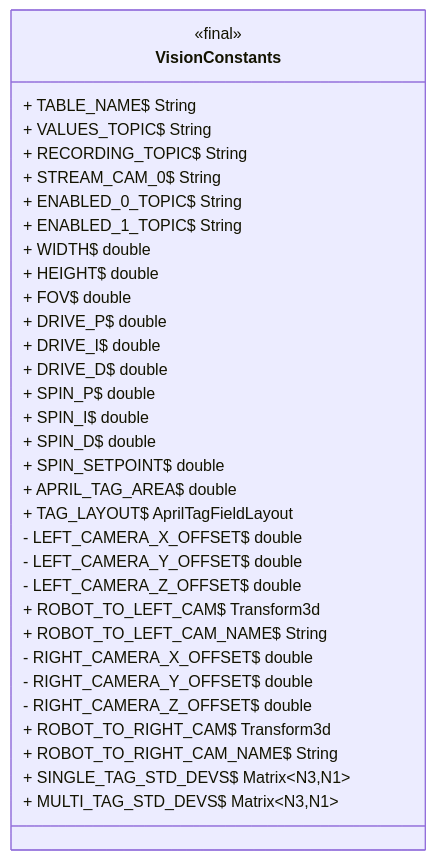
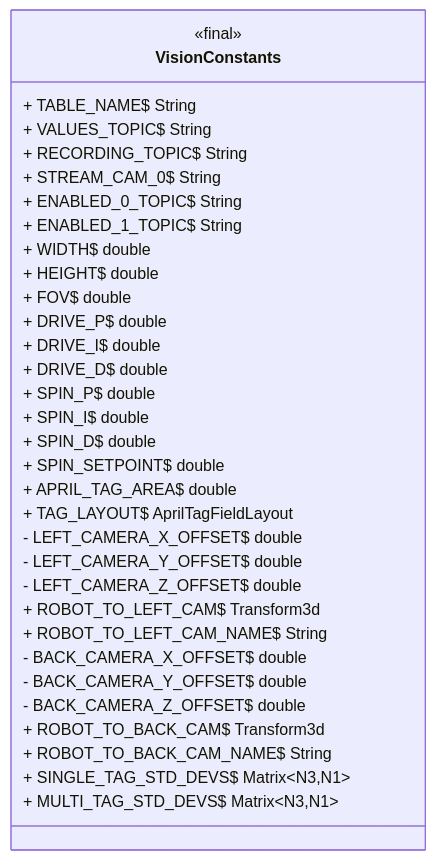
The diagram in src/uml/frc/robot/constants/VisionConstants.mmd (LakotaRobotics1038/2026RobotProject), drawn with Mermaid before and after one commit. The commit also changed 5 other files, not shown here.

```diff
--- a/src/uml/frc/robot/constants/VisionConstants.mmd
+++ b/src/uml/frc/robot/constants/VisionConstants.mmd
@@ -1,36 +1,36 @@
 classDiagram
   direction LR
 
   class VisionConstants {
     <<final>>
     + TABLE_NAME$ String
     + VALUES_TOPIC$ String
     + RECORDING_TOPIC$ String
     + STREAM_CAM_0$ String
     + ENABLED_0_TOPIC$ String
     + ENABLED_1_TOPIC$ String
     + WIDTH$ double
     + HEIGHT$ double
     + FOV$ double
     + DRIVE_P$ double
     + DRIVE_I$ double
     + DRIVE_D$ double
     + SPIN_P$ double
     + SPIN_I$ double
     + SPIN_D$ double
     + SPIN_SETPOINT$ double
     + APRIL_TAG_AREA$ double
     + TAG_LAYOUT$ AprilTagFieldLayout
     - LEFT_CAMERA_X_OFFSET$ double
     - LEFT_CAMERA_Y_OFFSET$ double
     - LEFT_CAMERA_Z_OFFSET$ double
     + ROBOT_TO_LEFT_CAM$ Transform3d
     + ROBOT_TO_LEFT_CAM_NAME$ String
-    - RIGHT_CAMERA_X_OFFSET$ double
-    - RIGHT_CAMERA_Y_OFFSET$ double
-    - RIGHT_CAMERA_Z_OFFSET$ double
-    + ROBOT_TO_RIGHT_CAM$ Transform3d
-    + ROBOT_TO_RIGHT_CAM_NAME$ String
+    - BACK_CAMERA_X_OFFSET$ double
+    - BACK_CAMERA_Y_OFFSET$ double
+    - BACK_CAMERA_Z_OFFSET$ double
+    + ROBOT_TO_BACK_CAM$ Transform3d
+    + ROBOT_TO_BACK_CAM_NAME$ String
     + SINGLE_TAG_STD_DEVS$ Matrix~N3,N1~
     + MULTI_TAG_STD_DEVS$ Matrix~N3,N1~
   }
```
